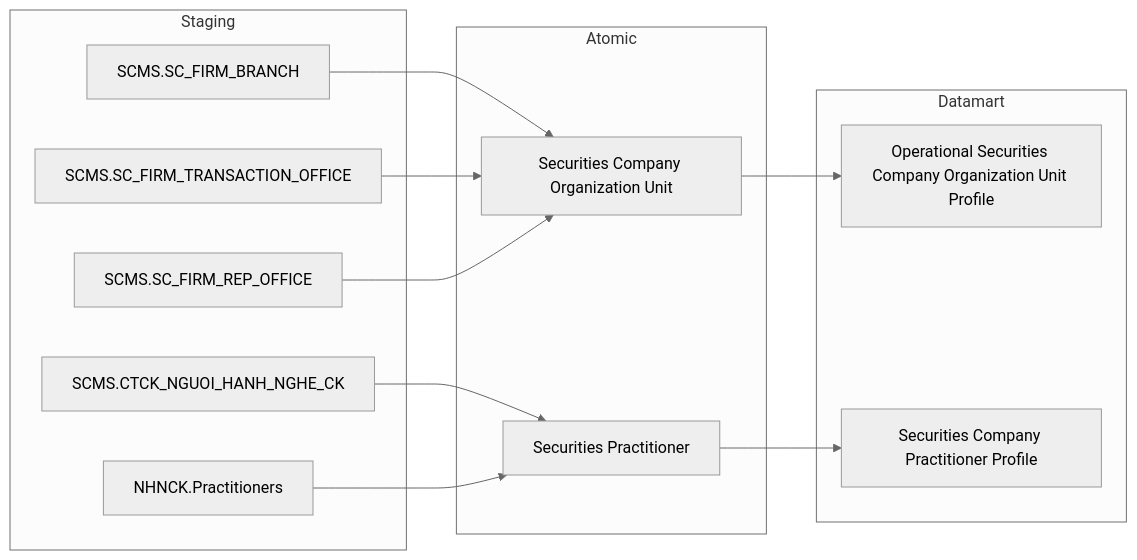
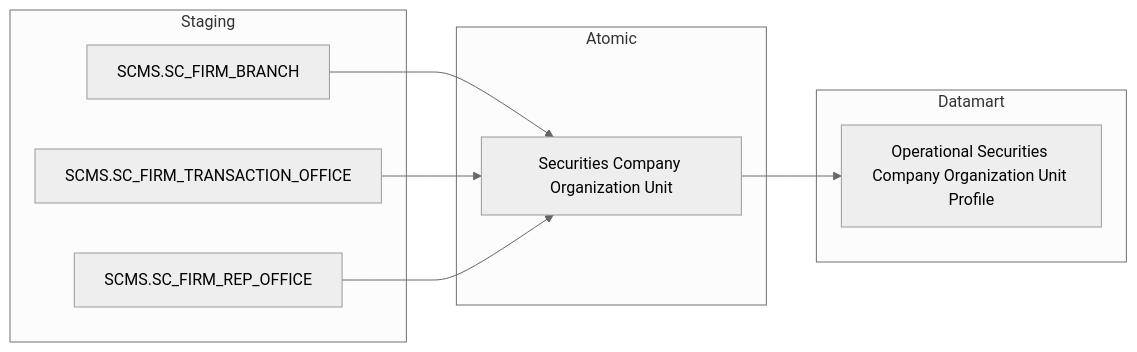
One commit to linhlvit/ubck_atomic_design changed diagram 11 of 38 in Datamart/hld/DTM_QLKD_HLD.md. Above: the diagram before and after it, drawn with Mermaid (neutral theme). The commit also changed other lines of this file and 13 other files, not shown here.

````diff
--- a/Datamart/hld/DTM_QLKD_HLD.md
+++ b/Datamart/hld/DTM_QLKD_HLD.md
@@ -434,29 +430,21 @@
 ```mermaid
 flowchart LR
     subgraph SRC["Staging"]
         S1["SCMS.SC_FIRM_BRANCH"]
         S2["SCMS.SC_FIRM_TRANSACTION_OFFICE"]
         S3["SCMS.SC_FIRM_REP_OFFICE"]
-        S4["SCMS.CTCK_NGUOI_HANH_NGHE_CK"]
-        S5["NHNCK.Practitioners"]
     end
 
     subgraph SIL["Atomic"]
         SV1["Securities Company Organization Unit"]
-        SV2["Securities Practitioner"]
     end
 
-    subgraph Datamart["Datamart"]
+    subgraph GOLD["Datamart"]
         G1["Operational Securities Company Organization Unit Profile"]
-        G2["Securities Company Practitioner Profile"]
     end
 
     S1 --> SV1
     S2 --> SV1
     S3 --> SV1
-    S4 --> SV2
-    S5 --> SV2
-
     SV1 --> G1
-    SV2 --> G2
 ```
````
